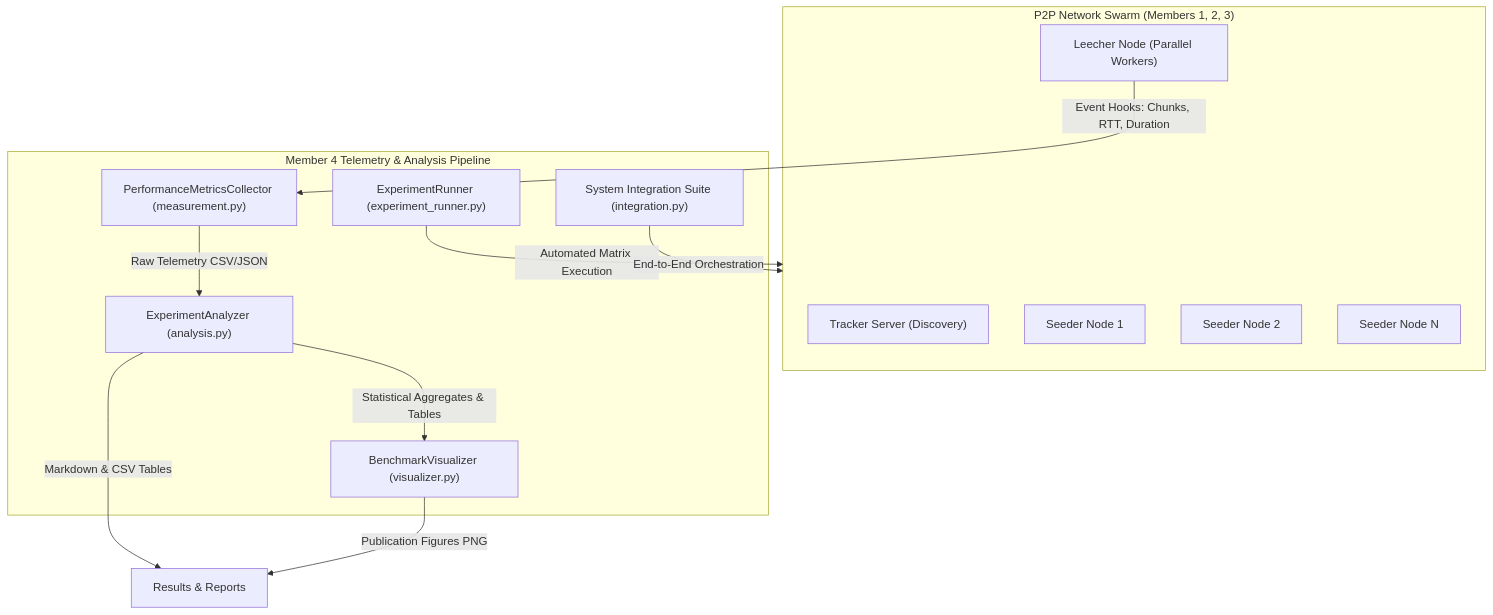
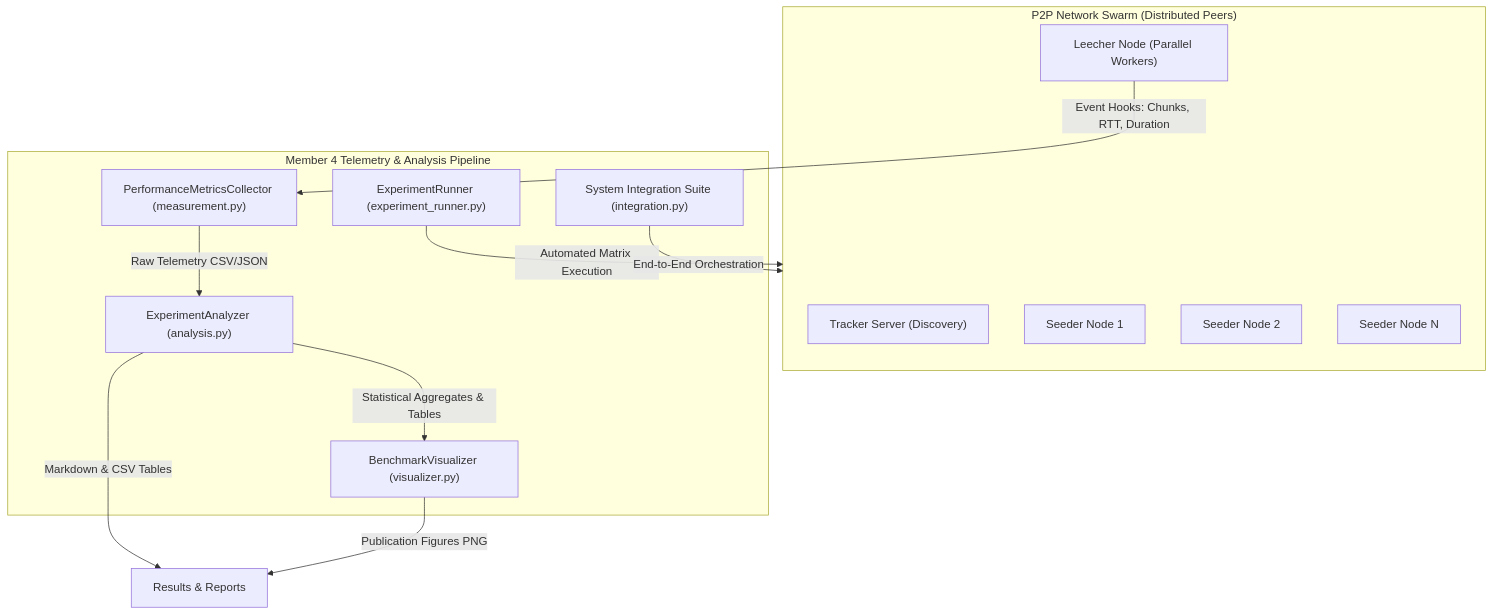
The diagram in docs/MEMBER_4_DOCUMENTATION.md (priyadarshih99-oss/CN-PROJECT-1), drawn with Mermaid before and after one commit. The commit also changed other lines of this file and 24 other files, not shown here.

````diff
--- a/docs/MEMBER_4_DOCUMENTATION.md
+++ b/docs/MEMBER_4_DOCUMENTATION.md
@@ -28,26 +27,26 @@
 ```mermaid
 flowchart TD
-    subgraph Swarm["P2P Network Swarm (Members 1, 2, 3)"]
+    subgraph Swarm["P2P Network Swarm (Distributed Peers)"]
         T["Tracker Server (Discovery)"]
         S1["Seeder Node 1"]
         S2["Seeder Node 2"]
         SN["Seeder Node N"]
         L["Leecher Node (Parallel Workers)"]
     end
 
     subgraph Member4["Member 4 Telemetry & Analysis Pipeline"]
         PMC["PerformanceMetricsCollector (measurement.py)"]
         ER["ExperimentRunner (experiment_runner.py)"]
         EA["ExperimentAnalyzer (analysis.py)"]
         BV["BenchmarkVisualizer (visualizer.py)"]
         INT["System Integration Suite (integration.py)"]
     end
 
     L -->|Event Hooks: Chunks, RTT, Duration| PMC
     ER -->|Automated Matrix Execution| Swarm
     PMC -->|Raw Telemetry CSV/JSON| EA
     EA -->|Statistical Aggregates & Tables| BV
     EA -->|Markdown & CSV Tables| Rep["Results & Reports"]
     BV -->|Publication Figures PNG| Rep
     INT -->|End-to-End Orchestration| Swarm
 ```
````
